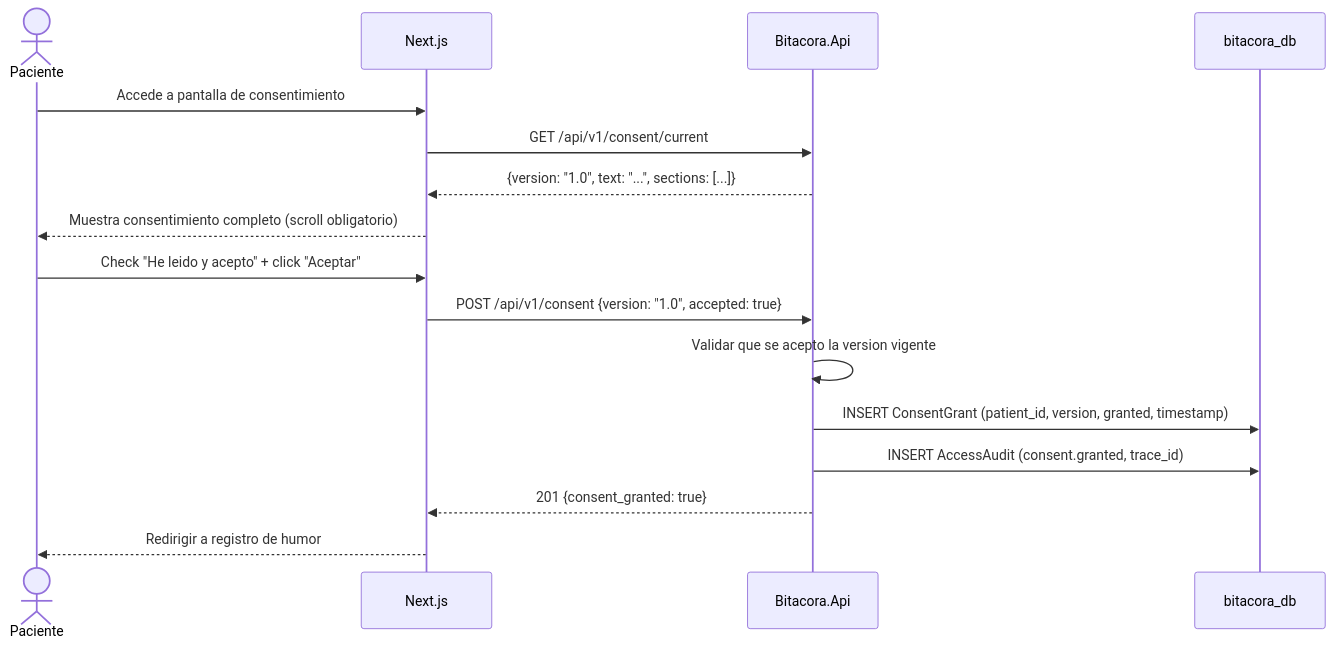
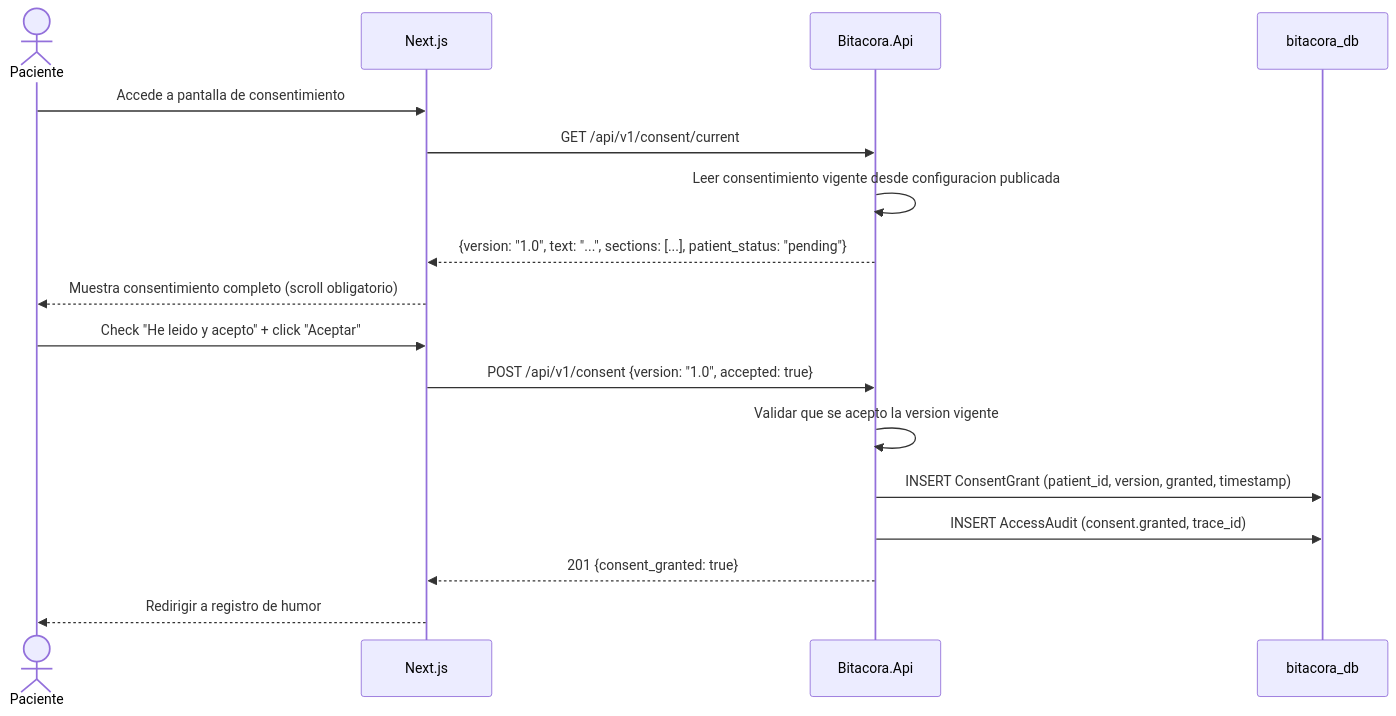
One commit to fgpaz/bitacora changed the diagram in .docs/wiki/03_FL/FL-CON-01.md. Above: the diagram before and after it, drawn with Mermaid. The commit also changed other lines of this file and 317 other files, not shown here.

````diff
--- a/.docs/wiki/03_FL/FL-CON-01.md
+++ b/.docs/wiki/03_FL/FL-CON-01.md
@@ -29,19 +29,20 @@
 ```mermaid
 sequenceDiagram
     actor P as Paciente
     participant WEB as Next.js
     participant API as Bitacora.Api
     participant DB as bitacora_db
 
     P->>WEB: Accede a pantalla de consentimiento
     WEB->>API: GET /api/v1/consent/current
-    API-->>WEB: {version: "1.0", text: "...", sections: [...]}
+    API->>API: Leer consentimiento vigente desde configuracion publicada
+    API-->>WEB: {version: "1.0", text: "...", sections: [...], patient_status: "pending"}
     WEB-->>P: Muestra consentimiento completo (scroll obligatorio)
     P->>WEB: Check "He leido y acepto" + click "Aceptar"
     WEB->>API: POST /api/v1/consent {version: "1.0", accepted: true}
     API->>API: Validar que se acepto la version vigente
     API->>DB: INSERT ConsentGrant (patient_id, version, granted, timestamp)
     API->>DB: INSERT AccessAudit (consent.granted, trace_id)
     API-->>WEB: 201 {consent_granted: true}
     WEB-->>P: Redirigir a registro de humor
 ```
````
